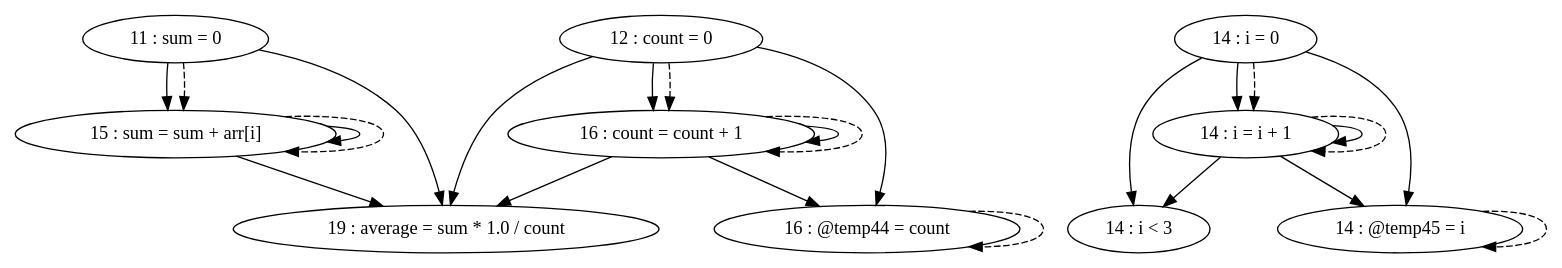
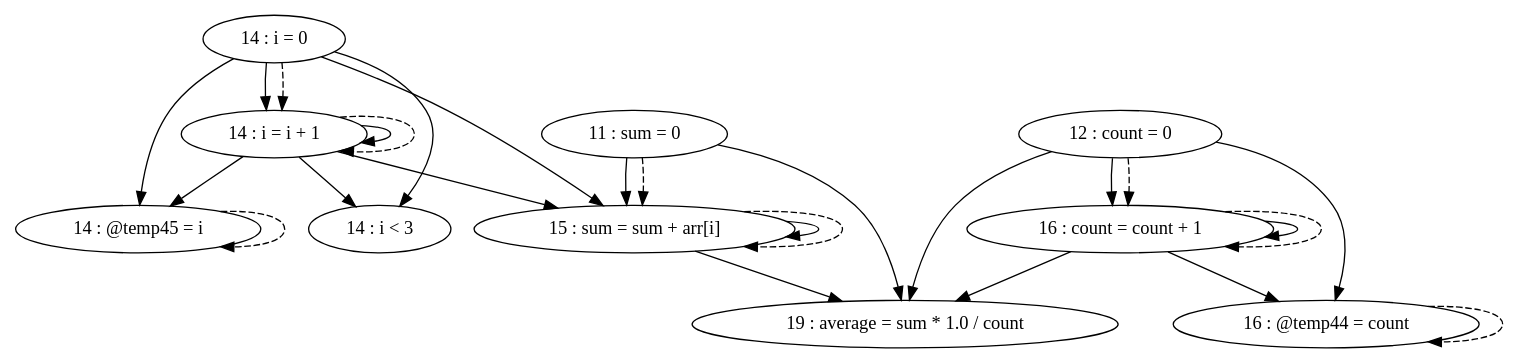
One commit to thomassimko/thesis-code-duplication changed the diagram in pdg/source/testFiles/TestCases/TestCase6/TestCase6-test1.gv. Above: the diagram before and after it, drawn with Graphviz. The commit also changed 33 other files, not shown here.

```diff
--- a/pdg/source/testFiles/TestCases/TestCase6/TestCase6-test1.gv
+++ b/pdg/source/testFiles/TestCases/TestCase6/TestCase6-test1.gv
@@ -1,36 +1,38 @@
 digraph G {
 "11 : sum = 0"
 "11 : sum = 0" -> "15 : sum = sum + arr[i]"
 "11 : sum = 0" -> "19 : average = sum * 1.0 / count"
 "11 : sum = 0" -> "15 : sum = sum + arr[i]" [style=dashed]
 "12 : count = 0"
 "12 : count = 0" -> "16 : count = count + 1"
 "12 : count = 0" -> "16 : @temp44 = count"
 "12 : count = 0" -> "19 : average = sum * 1.0 / count"
 "12 : count = 0" -> "16 : count = count + 1" [style=dashed]
 "14 : i = 0"
+"14 : i = 0" -> "14 : i < 3"
+"14 : i = 0" -> "15 : sum = sum + arr[i]"
 "14 : i = 0" -> "14 : i = i + 1"
-"14 : i = 0" -> "14 : i < 3"
 "14 : i = 0" -> "14 : @temp45 = i"
 "14 : i = 0" -> "14 : i = i + 1" [style=dashed]
 "14 : i < 3"
 "15 : sum = sum + arr[i]"
 "15 : sum = sum + arr[i]" -> "15 : sum = sum + arr[i]"
 "15 : sum = sum + arr[i]" -> "19 : average = sum * 1.0 / count"
 "15 : sum = sum + arr[i]" -> "15 : sum = sum + arr[i]" [style=dashed]
 "16 : @temp44 = count"
 "16 : @temp44 = count" -> "16 : @temp44 = count" [style=dashed]
 "16 : count = count + 1"
 "16 : count = count + 1" -> "16 : count = count + 1"
 "16 : count = count + 1" -> "16 : @temp44 = count"
 "16 : count = count + 1" -> "19 : average = sum * 1.0 / count"
 "16 : count = count + 1" -> "16 : count = count + 1" [style=dashed]
 "14 : @temp45 = i"
 "14 : @temp45 = i" -> "14 : @temp45 = i" [style=dashed]
 "14 : i = i + 1"
+"14 : i = i + 1" -> "14 : i < 3"
+"14 : i = i + 1" -> "15 : sum = sum + arr[i]"
 "14 : i = i + 1" -> "14 : i = i + 1"
-"14 : i = i + 1" -> "14 : i < 3"
 "14 : i = i + 1" -> "14 : @temp45 = i"
 "14 : i = i + 1" -> "14 : i = i + 1" [style=dashed]
 "19 : average = sum * 1.0 / count"
 }
```
